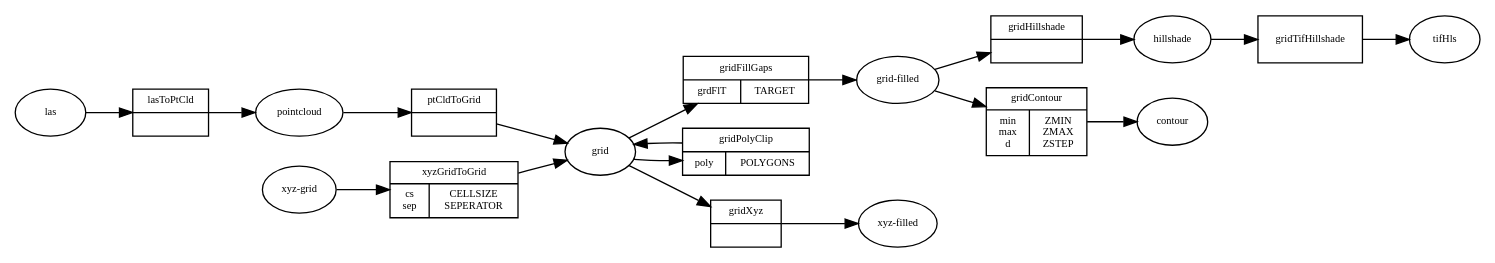
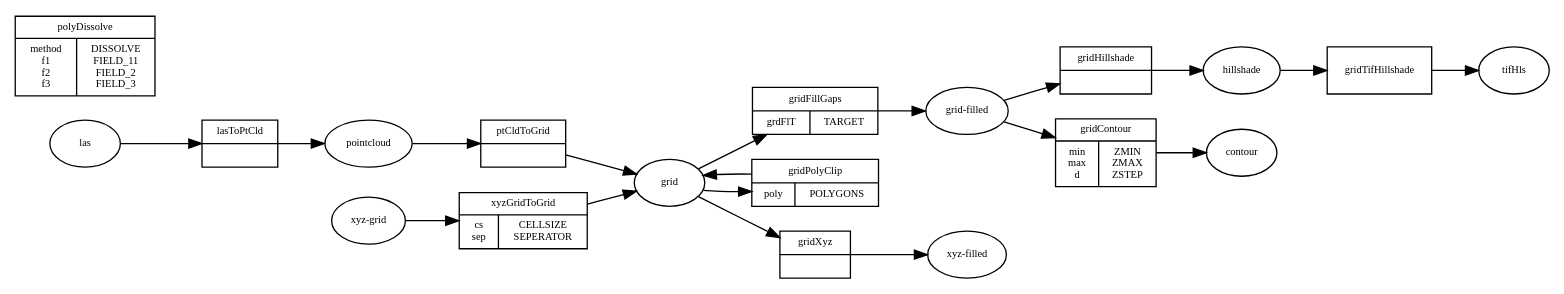
Before and after one commit to michelk/saga-cmd.hs: the diagram in README.org, drawn with Graphviz. The commit also changed 2 other files, not shown here.

Commit message:
added polyDissolve module-call

```diff
--- a/README.org
+++ b/README.org
@@ -79,35 +79,36 @@
    #+BEGIN_SRC dot :exports results :results graphics :file doc/figures/chains.png :eval no-export
      digraph chains {
          graph [rankdir = LR];
          node [shape = ellipse, fontsize = 8];
      
          las [label = "las"];
          grd [label = "grid"];
          grdF [label = "grid-filled"];
          xyz [label = "xyz-grid"];
          cntr [label = "contour"];
          hls [label = "hillshade"];
          pt [label = "pointcloud"];
          tifHls [labal = "tif-hillshade"];
          xyzF  [label = "xyz-filled"];
      
          xyzGrid [shape = record, label = "xyzGridToGrid|{cs\nsep|CELLSIZE\nSEPERATOR}"];
          lasPt [shape = record, label = "lasToPtCld |"];
          ptGrd [shape = record, label = "ptCldToGrid|"];
          grdFl [shape = record, label = "gridFillGaps| {grdFlT |TARGET}"];
          grdHl [shape = record, label = "gridHillshade|"];
          grdCtl [shape = record, label = "gridContour| {min\nmax\nd |ZMIN\nZMAX\nZSTEP}"];
          grdPolyCp [shape = record, label = "gridPolyClip| {poly|POLYGONS}"];
          hlsTif [shape = record, label = "gridTifHillshade"];
          grdXyz [shape = record, label = "gridXyz|"];
+         plyDslv [shape = record, label = "polyDissolve|{method\nf1\nf2\nf3 |DISSOLVE\nFIELD_11\nFIELD_2\nFIELD_3}"];
      
          las -> lasPt -> pt -> ptGrd -> grd;
          xyz -> xyzGrid -> grd ;
          grd -> grdXyz -> xyzF;
          grd -> grdPolyCp -> grd;
          grd -> grdFl -> grdF;
          grdF -> grdHl -> hls;
          grdF -> grdCtl -> cntr;
          hls -> hlsTif -> tifHls;
      }
    #+END_SRC
```
